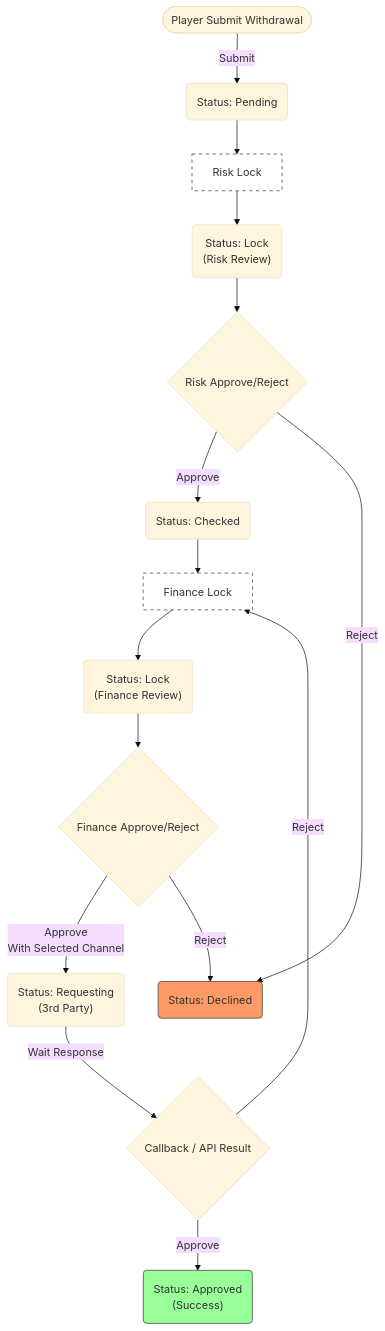
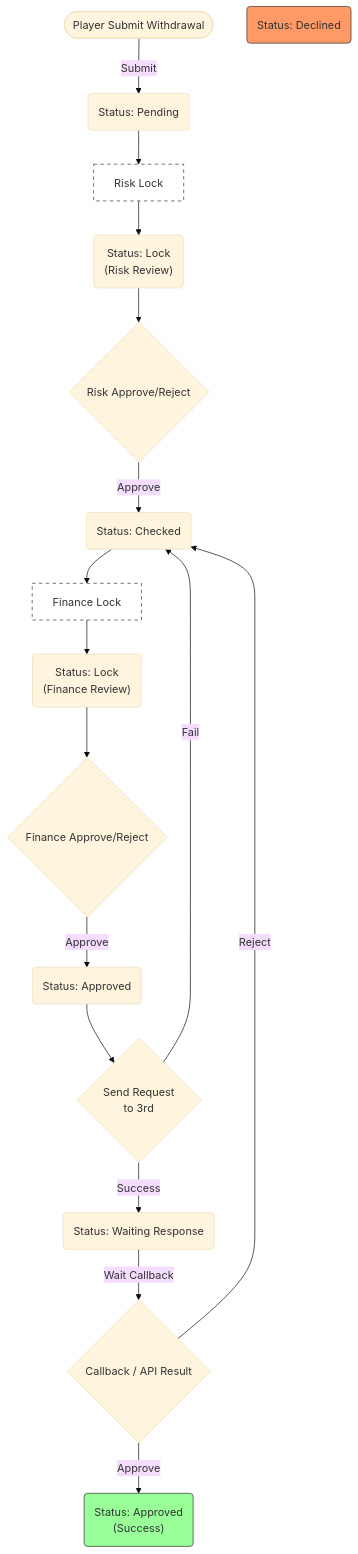
Before and after one commit to almightyken0425/SuSuGiGiSpec: the first of 2 diagrams in no99_archive/sitflowchart.md, drawn with Mermaid (base theme). The commit also changed other lines of this file, not shown here.

````diff
--- a/no99_archive/sitflowchart.md
+++ b/no99_archive/sitflowchart.md
@@ -29,50 +30,55 @@
 ```mermaid
 graph TD
     %% 節點定義
     Start(["Player Submit Withdrawal"])
     Pending("Status: Pending")
     
     RiskLockActionBox["Risk Lock"]
     RiskLock("Status: Lock<br/>(Risk Review)")
     
     RiskAction{"Risk Approve/Reject"}
     Checked("Status: Checked")
     
     FinanceLockActionBox["Finance Lock"]
     FinanceLock("Status: Lock<br/>(Finance Review)")
     
     FinanceAction{"Finance Approve/Reject"}
-    ApproveReq("Status: Requesting<br/>(3rd Party)")
+    FinanceApproved("Status: Approved")
+    
+    RequestAction{"Send Request<br/>to 3rd"}
+    WaitResponse("Status: Waiting Response")
+    
     Decline("Status: Declined")
     Success("Status: Approved<br/>(Success)")
     Callback{"Callback / API Result"}
 
     Start -->|"Submit"| Pending
     
     Pending --> RiskLockActionBox
     RiskLockActionBox --> RiskLock
     
     RiskLock --> RiskAction
     
     RiskAction -->|"Approve"| Checked
     
     Checked --> FinanceLockActionBox
     FinanceLockActionBox --> FinanceLock
     
     FinanceLock --> FinanceAction
     
-    FinanceAction -->|"Approve<br/>With Selected Channel"| ApproveReq
-
-    RiskAction -->|"Reject"| Decline
-    FinanceAction -->|"Reject"| Decline
+    FinanceAction -->|"Approve"| FinanceApproved
+    FinanceApproved --> RequestAction
     
-    ApproveReq -->|"Wait Response"| Callback
+    RequestAction -->|"Success"| WaitResponse
+    RequestAction -->|"Fail"| Checked
+    
+    WaitResponse -->|"Wait Callback"| Callback
 
     Callback -->|"Approve"| Success
-    Callback -->|"Reject"| FinanceLockActionBox
+    Callback -->|"Reject"| Checked
 
     style Decline fill:#f96,stroke:#333
     style Success fill:#9f9,stroke:#333
     style RiskLockActionBox fill:#fff,stroke:#333,stroke-dasharray: 5 5
     style FinanceLockActionBox fill:#fff,stroke:#333,stroke-dasharray: 5 5
 ```
````
